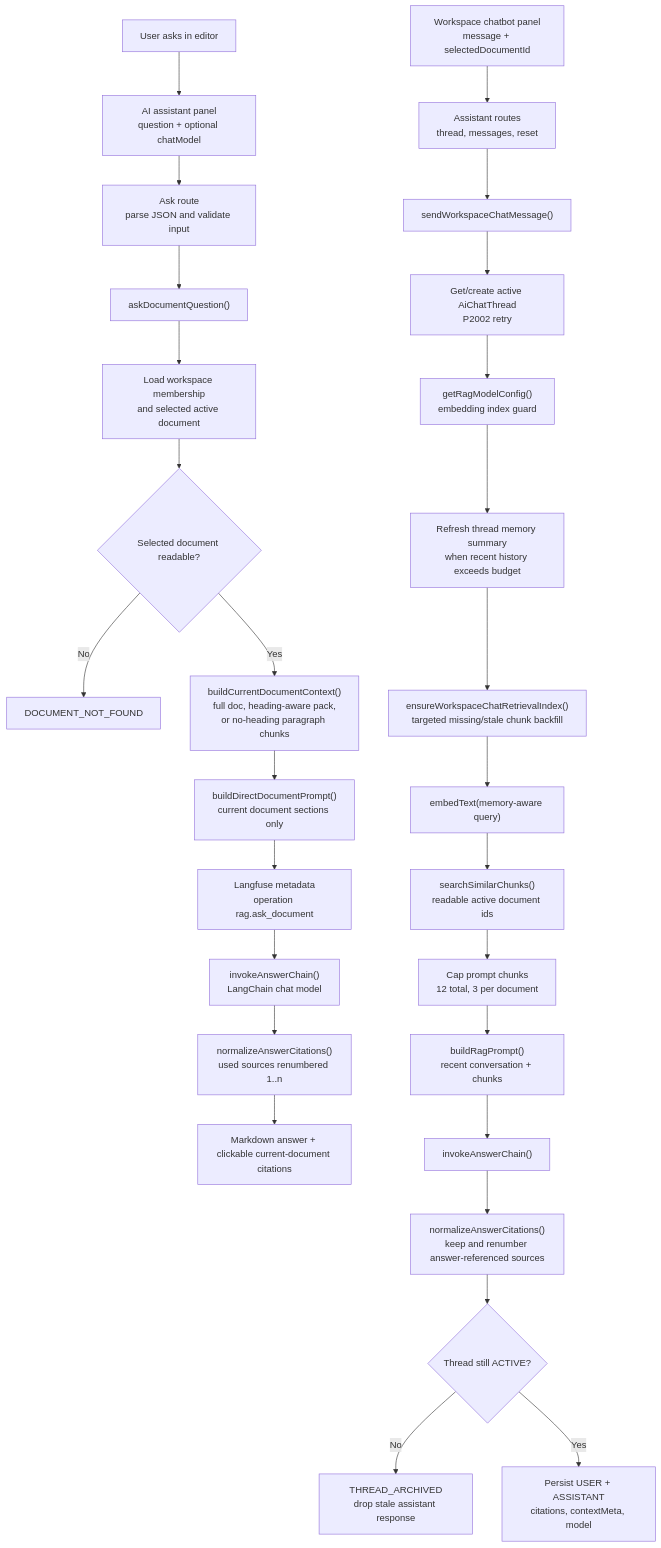
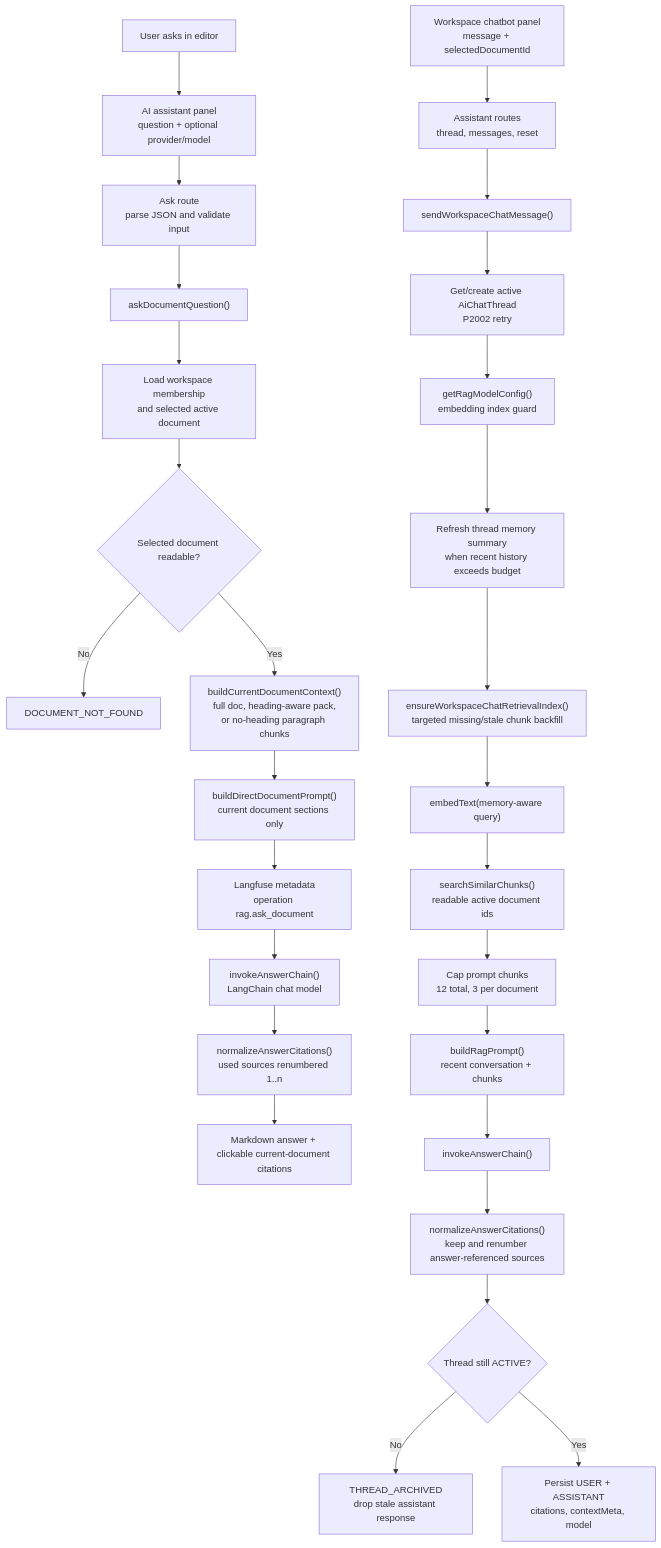
Before and after one commit to dschoi30/munjib: the first of 2 diagrams in wiki/RAG Process Workflow.md, drawn with Mermaid. The commit also changed other lines of this file and 6 other files, not shown here.

````diff
--- a/wiki/RAG Process Workflow.md
+++ b/wiki/RAG Process Workflow.md
@@ -37,31 +37,31 @@
 ```mermaid
 flowchart TD
-    User["User asks in editor"] --> Panel["AI assistant panel<br/>question + optional chatModel"]
+    User["User asks in editor"] --> Panel["AI assistant panel<br/>question + optional provider/model"]
     Panel --> AskRoute["Ask route<br/>parse JSON and validate input"]
     AskRoute --> AskService["askDocumentQuestion()"]
     AskService --> AskPermission["Load workspace membership<br/>and selected active document"]
     AskPermission --> AskReadable{"Selected document readable?"}
     AskReadable -- "No" --> AskNotFound["DOCUMENT_NOT_FOUND"]
     AskReadable -- "Yes" --> AskContext["buildCurrentDocumentContext()<br/>full doc, heading-aware pack,<br/>or no-heading paragraph chunks"]
     AskContext --> AskPrompt["buildDirectDocumentPrompt()<br/>current document sections only"]
     AskPrompt --> AskTrace["Langfuse metadata<br/>operation rag.ask_document"]
     AskTrace --> AskAnswer["invokeAnswerChain()<br/>LangChain chat model"]
     AskAnswer --> AskNormalize["normalizeAnswerCitations()<br/>used sources renumbered 1..n"]
     AskNormalize --> AskUI["Markdown answer + clickable current-document citations"]
 
     ChatUser["Workspace chatbot panel<br/>message + selectedDocumentId"] --> ChatRoute["Assistant routes<br/>thread, messages, reset"]
     ChatRoute --> ChatService["sendWorkspaceChatMessage()"]
     ChatService --> Thread["Get/create active AiChatThread<br/>P2002 retry"]
     Thread --> ChatConfig["getRagModelConfig()<br/>embedding index guard"]
     ChatConfig --> ChatMemory["Refresh thread memory summary<br/>when recent history exceeds budget"]
     ChatMemory --> ChatBackfill["ensureWorkspaceChatRetrievalIndex()<br/>targeted missing/stale chunk backfill"]
     ChatBackfill --> ChatEmbed["embedText(memory-aware query)"]
     ChatEmbed --> ChatSearch["searchSimilarChunks()<br/>readable active document ids"]
     ChatSearch --> ChatCap["Cap prompt chunks<br/>12 total, 3 per document"]
     ChatCap --> ChatPrompt["buildRagPrompt()<br/>recent conversation + chunks"]
     ChatPrompt --> ChatAnswer["invokeAnswerChain()"]
     ChatAnswer --> UsedCitations["normalizeAnswerCitations()<br/>keep and renumber answer-referenced sources"]
     UsedCitations --> ActiveCheck{"Thread still ACTIVE?"}
     ActiveCheck -- "No" --> Stale["THREAD_ARCHIVED<br/>drop stale assistant response"]
     ActiveCheck -- "Yes" --> Persist["Persist USER + ASSISTANT<br/>citations, contextMeta, model"]
 ```
````
